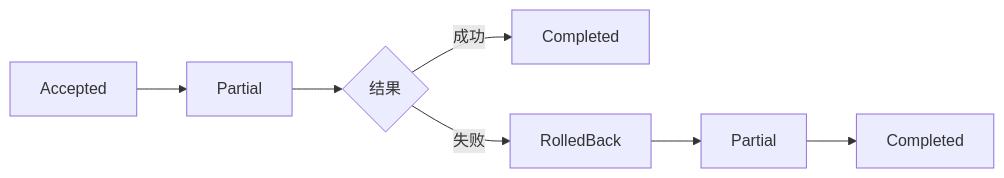
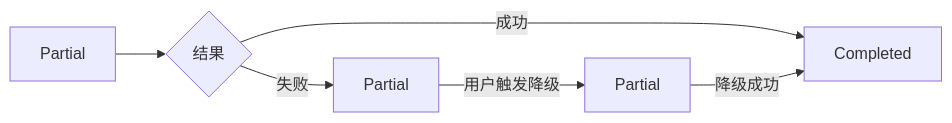
Before and after one commit to javadoors/cluster-api-provider-bke: the sixth of 21 diagrams in code/rollback/OpenShift集群安装与扩容回滚能力洞察报告.md, drawn with Mermaid. The commit also changed other lines of this file, not shown here.

````diff
--- a/code/rollback/OpenShift集群安装与扩容回滚能力洞察报告.md
+++ b/code/rollback/OpenShift集群安装与扩容回滚能力洞察报告.md
@@ -3683,9 +3683,8 @@
 ```mermaid
 graph LR
-    A[Accepted] --> B[Partial]
-    B --> C{结果}
-    C -->|成功| D[Completed]
-    C -->|失败| E[RolledBack]
-    E --> F[Partial]
-    F --> G[Completed]
+    A[Partial] --> B{结果}
+    B -->|成功| C[Completed]
+    B -->|失败| D[Partial]
+    D -->|用户触发降级| E[Partial]
+    E -->|降级成功| C
 ```
````
